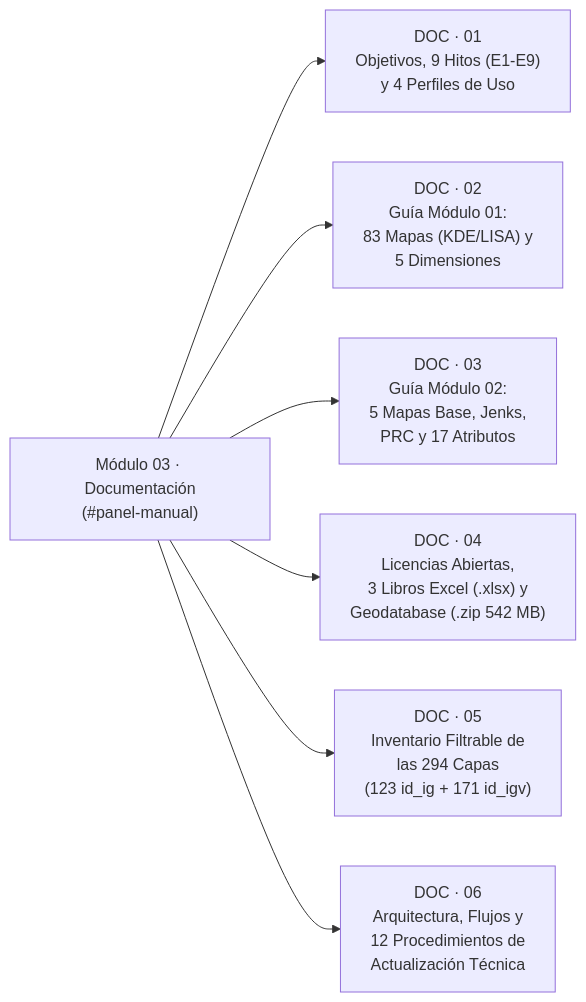
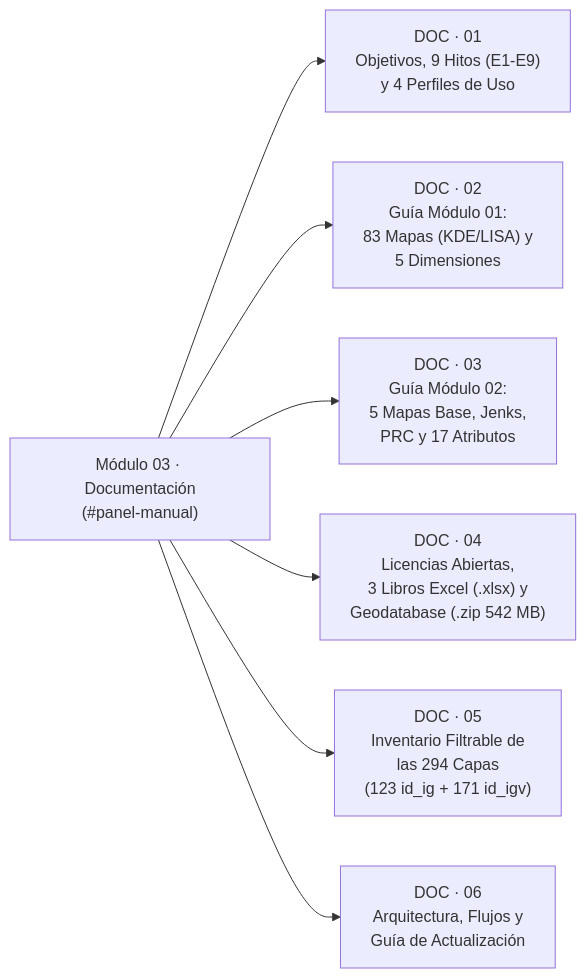
One commit to GEOJOTA/atlas-vgi-barrio-brasil changed the fifth of 5 diagrams in docs/MANUAL_USO.md. Above: the diagram before and after it, drawn with Mermaid. The commit also changed other lines of this file and 13 other files, not shown here.

````diff
--- a/docs/MANUAL_USO.md
+++ b/docs/MANUAL_USO.md
@@ -219,13 +219,13 @@
 ```mermaid
 flowchart LR
     M03["Módulo 03 · Documentación\n(#panel-manual)"]
 
     C1["DOC · 01\nObjetivos, 9 Hitos (E1-E9)\ny 4 Perfiles de Uso"]
     C2["DOC · 02\nGuía Módulo 01:\n83 Mapas (KDE/LISA) y\n5 Dimensiones"]
     C3["DOC · 03\nGuía Módulo 02:\n5 Mapas Base, Jenks,\nPRC y 17 Atributos"]
     C4["DOC · 04\nLicencias Abiertas,\n3 Libros Excel (.xlsx) y\nGeodatabase (.zip 542 MB)"]
     C5["DOC · 05\nInventario Filtrable de\nlas 294 Capas\n(123 id_ig + 171 id_igv)"]
-    C6["DOC · 06\nArquitectura, Flujos y\n12 Procedimientos de\nActualización Técnica"]
+    C6["DOC · 06\nArquitectura, Flujos y\nGuía de Actualización"]
 
     M03 --> C1 & C2 & C3 & C4 & C5 & C6
 ```
````
